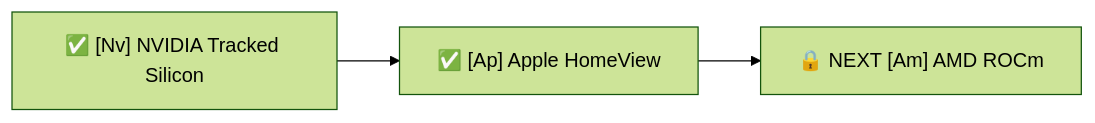
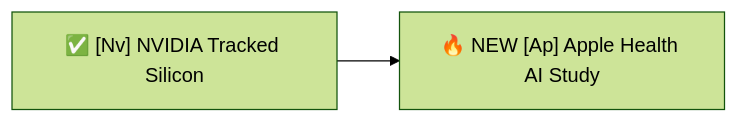
The second of 3 diagrams in LATEST.md (NutCodeLaw/cyber-paparazzi), drawn with Mermaid (forest theme) before and after one commit. The commit also changed other lines of this file and 10 other files, not shown here.

````diff
--- a/LATEST.md
+++ b/LATEST.md
@@ -36,7 +36,6 @@
 ```mermaid
 flowchart LR
     E0["✅ [Nv] NVIDIA Tracked Silicon"]
-    E1["✅ [Ap] Apple HomeView"]
-    E2["🔒 NEXT [Am] AMD ROCm"]
-    E0 --> E1 --> E2
+    E1["🔥 NEW [Ap] Apple Health AI Study"]
+    E0 --> E1
 ```
````
